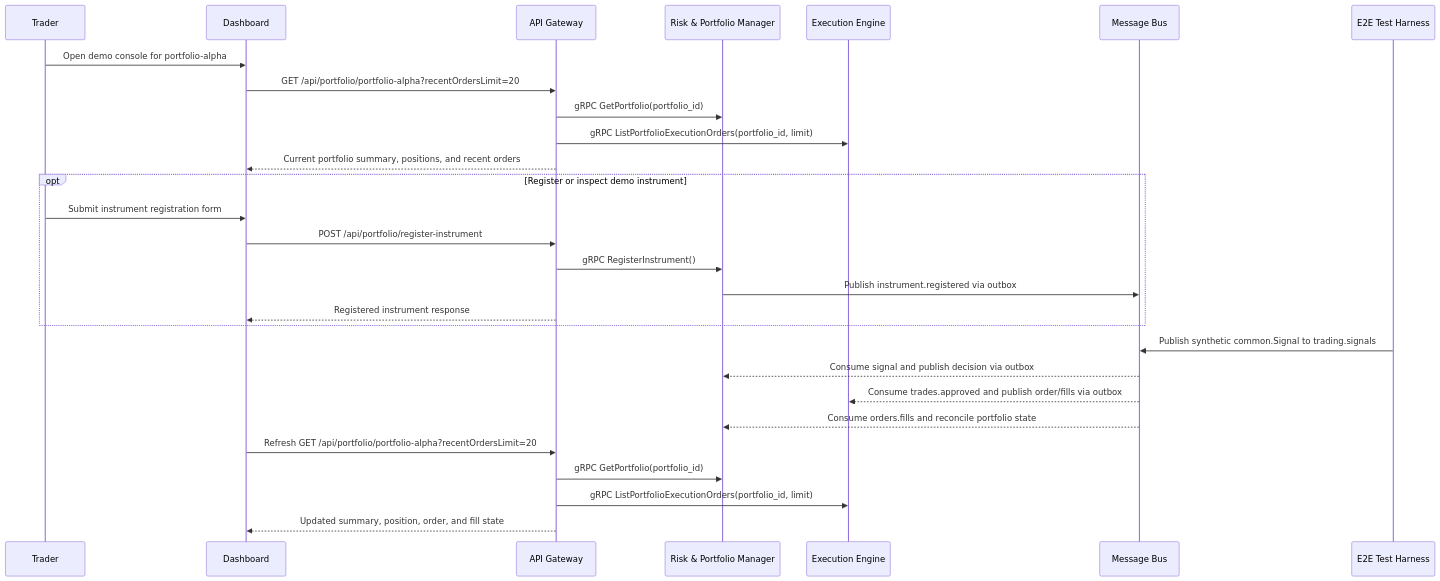
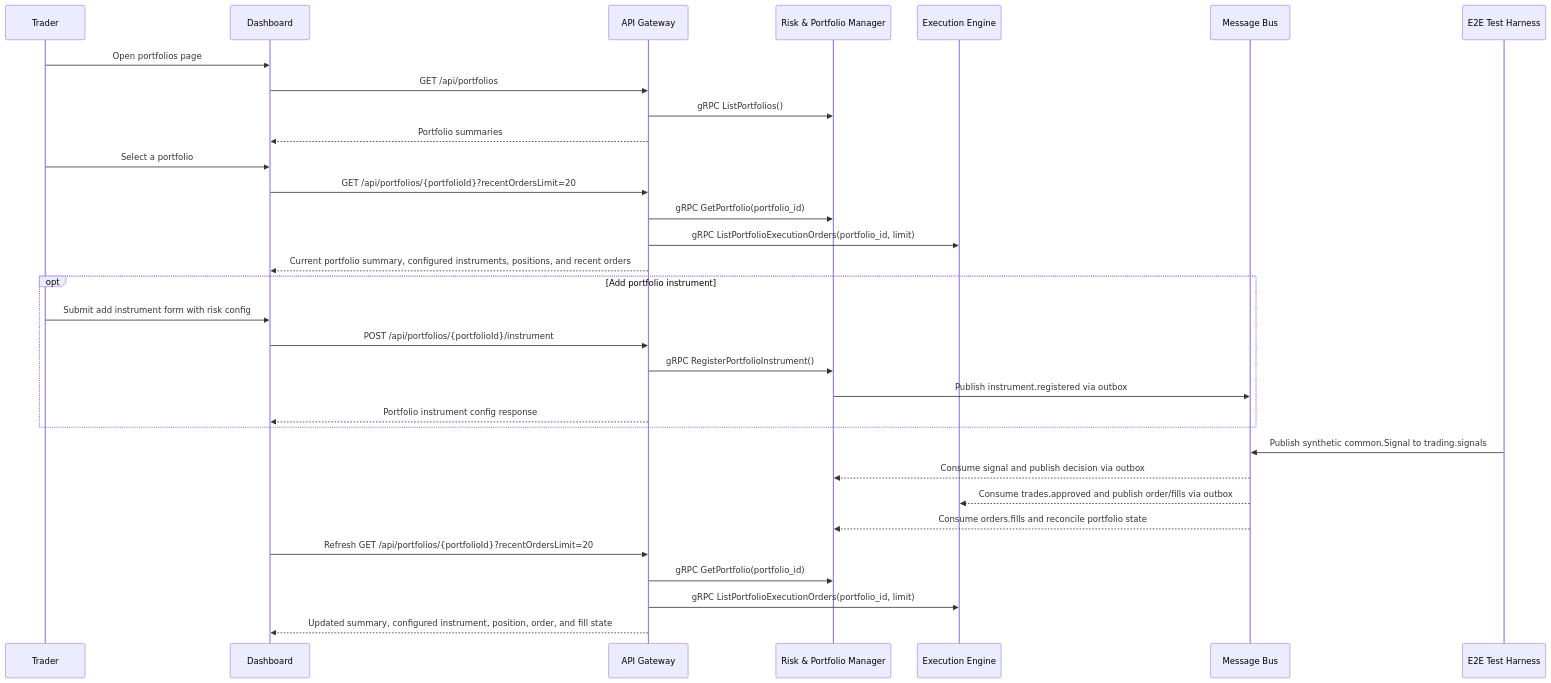
The sixth of 7 diagrams in docs/architecture/ARCHITECTURE.md (IMalaniak/trading-bot), drawn with Mermaid before and after one commit. The commit also changed other lines of this file and 90 other files, not shown here.

````diff
--- a/docs/architecture/ARCHITECTURE.md
+++ b/docs/architecture/ARCHITECTURE.md
@@ -603,34 +626,38 @@
 ```mermaid
 sequenceDiagram
     participant Trader
     participant Dashboard
     participant APIGateway as API Gateway
     participant RiskManager as Risk & Portfolio Manager
     participant ExecutionEngine as Execution Engine
     participant Kafka as Message Bus
     participant TestHarness as E2E Test Harness
 
-    Trader->>Dashboard: Open demo console for portfolio-alpha
-    Dashboard->>APIGateway: GET /api/portfolio/portfolio-alpha?recentOrdersLimit=20
+    Trader->>Dashboard: Open portfolios page
+    Dashboard->>APIGateway: GET /api/portfolios
+    APIGateway->>RiskManager: gRPC ListPortfolios()
+    APIGateway-->>Dashboard: Portfolio summaries
+    Trader->>Dashboard: Select a portfolio
+    Dashboard->>APIGateway: GET /api/portfolios/{portfolioId}?recentOrdersLimit=20
     APIGateway->>RiskManager: gRPC GetPortfolio(portfolio_id)
     APIGateway->>ExecutionEngine: gRPC ListPortfolioExecutionOrders(portfolio_id, limit)
-    APIGateway-->>Dashboard: Current portfolio summary, positions, and recent orders
+    APIGateway-->>Dashboard: Current portfolio summary, configured instruments, positions, and recent orders
 
-    opt Register or inspect demo instrument
-        Trader->>Dashboard: Submit instrument registration form
-        Dashboard->>APIGateway: POST /api/portfolio/register-instrument
-        APIGateway->>RiskManager: gRPC RegisterInstrument()
+    opt Add portfolio instrument
+        Trader->>Dashboard: Submit add instrument form with risk config
+        Dashboard->>APIGateway: POST /api/portfolios/{portfolioId}/instrument
+        APIGateway->>RiskManager: gRPC RegisterPortfolioInstrument()
         RiskManager->>Kafka: Publish instrument.registered via outbox
-        APIGateway-->>Dashboard: Registered instrument response
+        APIGateway-->>Dashboard: Portfolio instrument config response
     end
 
     TestHarness->>Kafka: Publish synthetic common.Signal to trading.signals
     Kafka-->>RiskManager: Consume signal and publish decision via outbox
     Kafka-->>ExecutionEngine: Consume trades.approved and publish order/fills via outbox
     Kafka-->>RiskManager: Consume orders.fills and reconcile portfolio state
 
-    Dashboard->>APIGateway: Refresh GET /api/portfolio/portfolio-alpha?recentOrdersLimit=20
+    Dashboard->>APIGateway: Refresh GET /api/portfolios/{portfolioId}?recentOrdersLimit=20
     APIGateway->>RiskManager: gRPC GetPortfolio(portfolio_id)
     APIGateway->>ExecutionEngine: gRPC ListPortfolioExecutionOrders(portfolio_id, limit)
-    APIGateway-->>Dashboard: Updated summary, position, order, and fill state
+    APIGateway-->>Dashboard: Updated summary, configured instrument, position, order, and fill state
 ```
````
